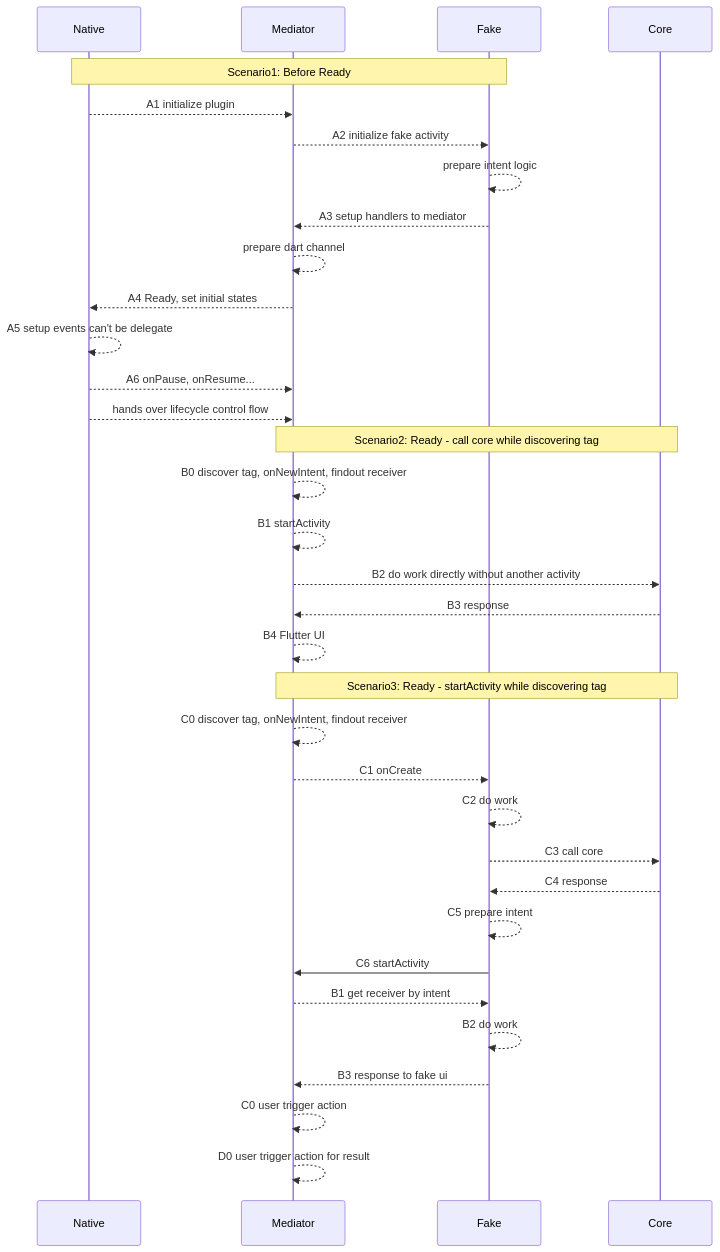
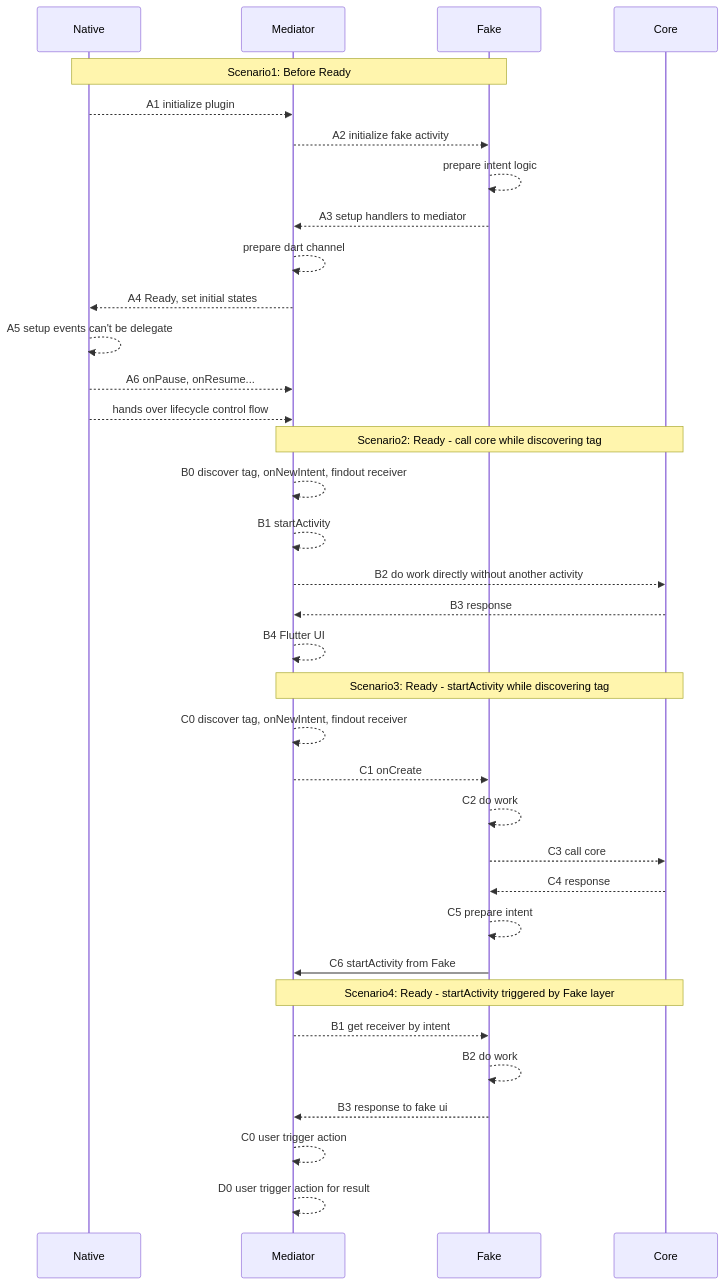
The second of 2 diagrams in flutter/addActivityResultListener.md (gordianknotC/nxp_note), drawn with Mermaid before and after one commit. The commit also changed other lines of this file, not shown here.

Commit message:
flutter/addActivityResultListener.md updated from https://stackedit.io/

````diff
--- a/flutter/addActivityResultListener.md
+++ b/flutter/addActivityResultListener.md
@@ -55,53 +55,57 @@
 ```mermaid
 sequenceDiagram
 participant Native
 participant Mediator
 participant Fake
 participant Core
 
 
 Note over Native, Fake: Scenario1: Before Ready
 
 Native -->> Mediator: A1 initialize plugin
 Mediator -->> Fake: A2 initialize fake activity
 Fake -->> Fake: prepare intent logic
 Fake -->> Mediator: A3 setup handlers to mediator
 Mediator -->> Mediator: prepare dart channel
 Mediator -->> Native: A4 Ready, set initial states
 Native -->> Native: A5 setup events can't be delegate
 Native -->> Mediator: A6 onPause, onResume...
 Native -->> Mediator: hands over lifecycle control flow
 
 
 Note over Mediator, Core: Scenario2: Ready - call core while discovering tag 
 
 Mediator-->> Mediator: B0 discover tag, onNewIntent, findout receiver
 Mediator-->>Mediator: B1 startActivity
 Mediator-->>Core: B2 do work directly without another activity
 Core-->>Mediator: B3 response
 Mediator-->>Mediator: B4 Flutter UI
 
 
 Note over Mediator, Core: Scenario3: Ready - startActivity while discovering tag
 
 Mediator-->> Mediator: C0 discover tag, onNewIntent, findout receiver
 Mediator-->>Fake: C1 onCreate
 Fake-->>Fake: C2 do work
 Fake-->>Core:C3 call core
 Core-->>Fake:C4 response
 Fake-->>Fake:C5 prepare intent
-Fake->>Mediator: C6 startActivity
+Fake->>Mediator: C6 startActivity from Fake
+
+
+Note over Mediator, Core: Scenario4: Ready - startActivity triggered by Fake layer
+
 
 
 
 Mediator-->>Fake: B1 get receiver by intent
 Fake-->>Fake:B2 do work
 
 Fake-->>Mediator:B3 response to fake ui
 
  
  Mediator-->>Mediator: C0 user trigger action
  
  Mediator-->>Mediator: D0 user trigger action for result
 
 ```
````
